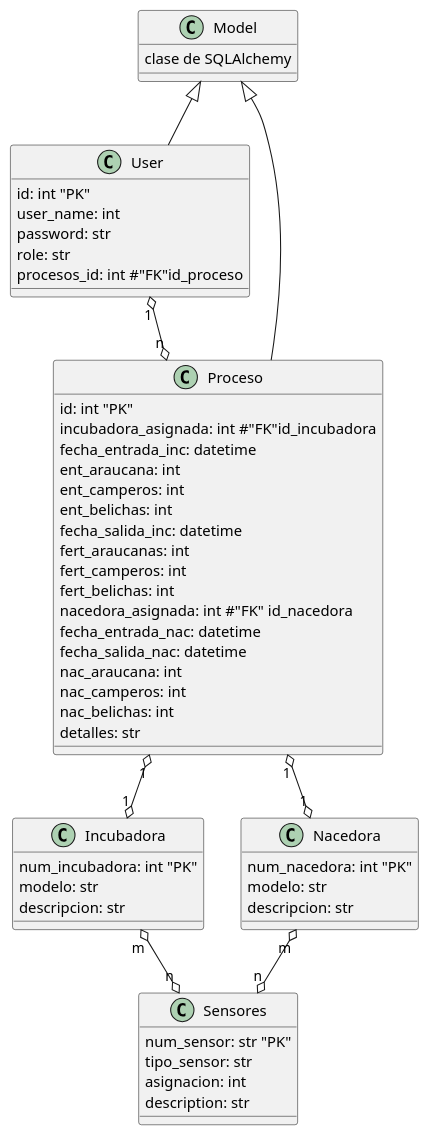
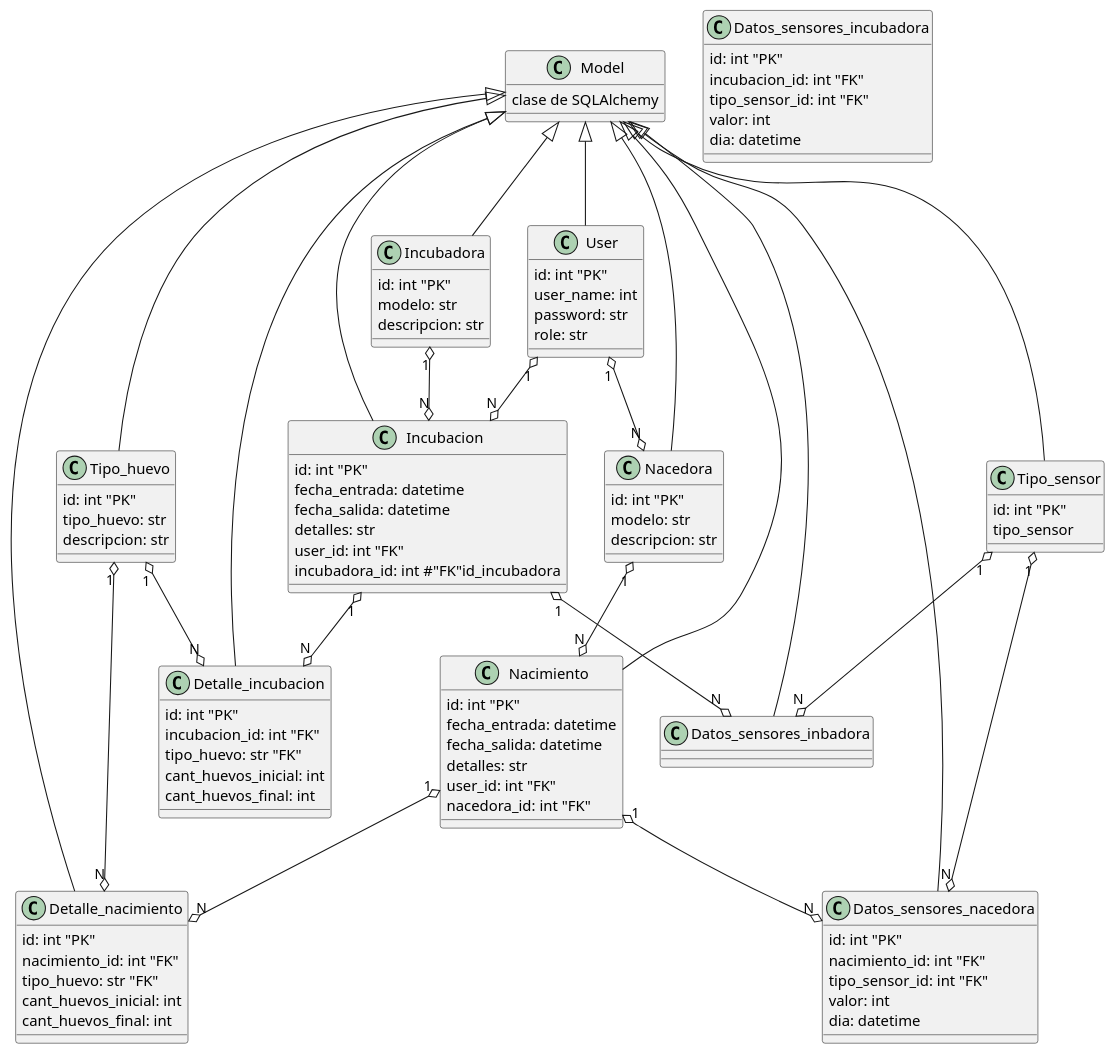
One commit to emisorato1/incubadora changed the diagram in docs/diagrama_1.puml. Above: the diagram before and after it, drawn with PlantUML. The commit also changed 40 other files, not shown here.

```diff
--- a/docs/diagrama_1.puml
+++ b/docs/diagrama_1.puml
@@ -1,64 +1,112 @@
 @startuml Diagram de Clases
 class Model {
  clase de SQLAlchemy
 }
 
-class User {
+Class User {
     id: int "PK"
     user_name: int
     password: str 
     role: str
-    procesos_id: int #"FK"id_proceso
 }
 
-class Proceso {
+Class Incubacion {
     id: int "PK"
-    incubadora_asignada: int #"FK"id_incubadora
-    fecha_entrada_inc: datetime 
-    ent_araucana: int
-    ent_camperos: int 
-    ent_belichas: int 
-    fecha_salida_inc: datetime 
-    fert_araucanas: int 
-    fert_camperos: int 
-    fert_belichas: int 
-    nacedora_asignada: int #"FK" id_nacedora
-    fecha_entrada_nac: datetime 
-    fecha_salida_nac: datetime
-    nac_araucana: int 
-    nac_camperos: int 
-    nac_belichas: int 
+    fecha_entrada: datetime 
+    fecha_salida: datetime 
     detalles: str 
-
+    user_id: int "FK"
+    incubadora_id: int #"FK"id_incubadora
 }
 
-class Incubadora {
-    num_incubadora: int "PK"
+Class Incubadora {
+    id: int "PK"
     modelo: str 
     descripcion: str
 }
 
-class Nacedora {
-    num_nacedora: int "PK"
+class Detalle_incubacion {
+    id: int "PK"
+    incubacion_id: int "FK"
+    tipo_huevo: str "FK"
+    cant_huevos_inicial: int 
+    cant_huevos_final: int 
+}
+
+Class Datos_sensores_incubadora {
+    id: int "PK"
+    incubacion_id: int "FK"
+    tipo_sensor_id: int "FK"
+    valor: int
+    dia: datetime
+}
+
+Class Tipo_sensor {
+    id: int "PK"
+    tipo_sensor
+}
+
+Class Tipo_huevo {
+    id: int "PK"
+    tipo_huevo: str
+    descripcion: str
+}
+
+Class Nacimiento {
+    id: int "PK"
+    fecha_entrada: datetime 
+    fecha_salida: datetime 
+    detalles: str 
+    user_id: int "FK"
+    nacedora_id: int "FK"
+}
+
+Class Nacedora {
+    id: int "PK"
     modelo: str 
     descripcion: str
 }
 
-class Sensores {
-    num_sensor: str "PK"
-    tipo_sensor: str
-    asignacion: int
-    description: str
+class Detalle_nacimiento {
+    id: int "PK"
+    nacimiento_id: int "FK"
+    tipo_huevo: str "FK"
+    cant_huevos_inicial: int 
+    cant_huevos_final: int 
+}
+
+Class Datos_sensores_nacedora {
+    id: int "PK"
+    nacimiento_id: int "FK"
+    tipo_sensor_id: int "FK"
+    valor: int
+    dia: datetime
 }
 
 Model <|-- User
-Model <|-- Proceso
-User "1" o--o "n" Proceso
+Model <|-- Incubacion
+Model <|-- Incubadora
+Model <|-- Detalle_incubacion
+Model <|-- Datos_sensores_inbadora
+Model <|-- Tipo_sensor
+Model <|-- Tipo_huevo
+Model <|-- Nacimiento
+Model <|-- Nacedora
+Model <|-- Detalle_nacimiento
+Model <|-- Datos_sensores_nacedora
 
-Proceso "1" o--o "1" Incubadora
-Incubadora "m" o--o "n" Sensores
+User "1" o--o "N" Incubacion
+Incubadora "1" o--o "N" Incubacion
+Incubacion "1" o--o "N" Detalle_incubacion
+Incubacion "1" o--o "N" Datos_sensores_inbadora
+Tipo_huevo "1" o--o "N" Detalle_incubacion 
+Tipo_sensor "1" o--o "N" Datos_sensores_inbadora
 
-Proceso "1" o--o "1" Nacedora
-Nacedora "m" o--o "n" Sensores
+User "1" o--o "N" Nacedora
+Nacedora "1" o--o "N" Nacimiento
+Nacimiento "1" o--o "N" Detalle_nacimiento
+Nacimiento "1" o--o "N" Datos_sensores_nacedora
+Tipo_huevo "1" o--o "N" Detalle_nacimiento
+Tipo_sensor "1" o--o "N" Datos_sensores_nacedora
 
 @enduml
```
